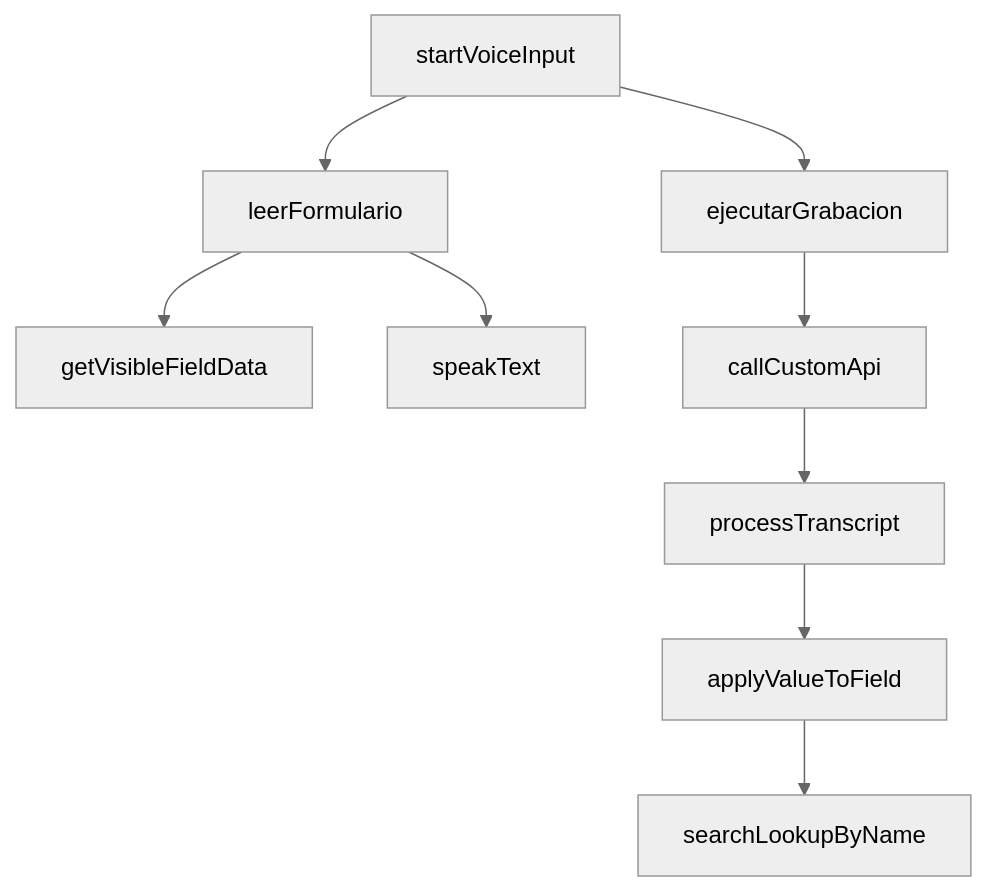
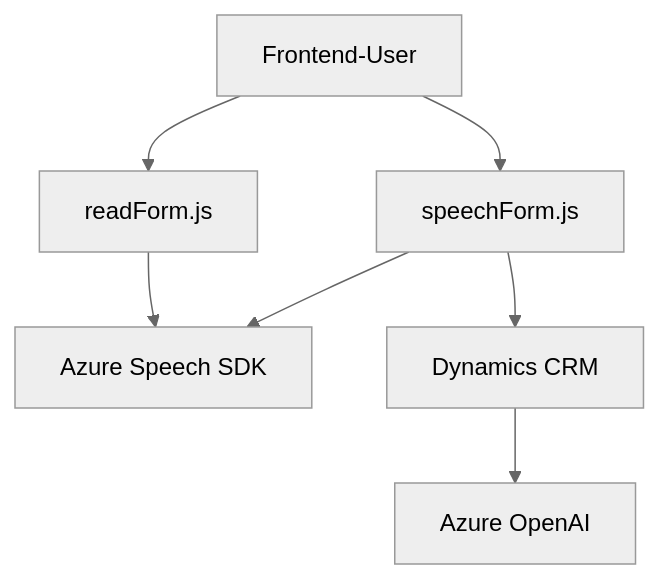
One commit to blopezdm/NETCORE_BILBAO2025 changed the diagram in README.md. Above: the diagram before and after it, drawn with Mermaid (neutral theme). The commit also changed other lines of this file, not shown here.

````diff
--- a/README.md
+++ b/README.md
@@ -41,11 +61,16 @@
 ```mermaid
 graph TD
-    A["startVoiceInput"] --> B["leerFormulario"]
-    B --> C["getVisibleFieldData"]
-    A --> D["ejecutarGrabacion"]
-    B --> E["speakText"]
-    D --> F["callCustomApi"]
-    F --> G["processTranscript"]
-    G --> H["applyValueToField"]
-    H --> I["searchLookupByName"]
+    A["Frontend-User"]
+    B["readForm.js"]
+    C["speechForm.js"]
+    D["Dynamics CRM"]
+    E["Azure Speech SDK"]
+    F["Azure OpenAI"]
+
+    A --> B
+    A --> C
+    B --> E
+    C --> E
+    C --> D
+    D --> F
 ```
````
